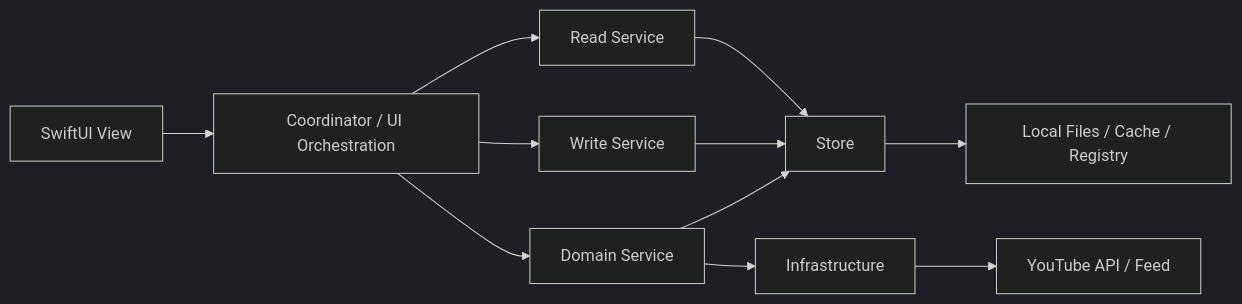
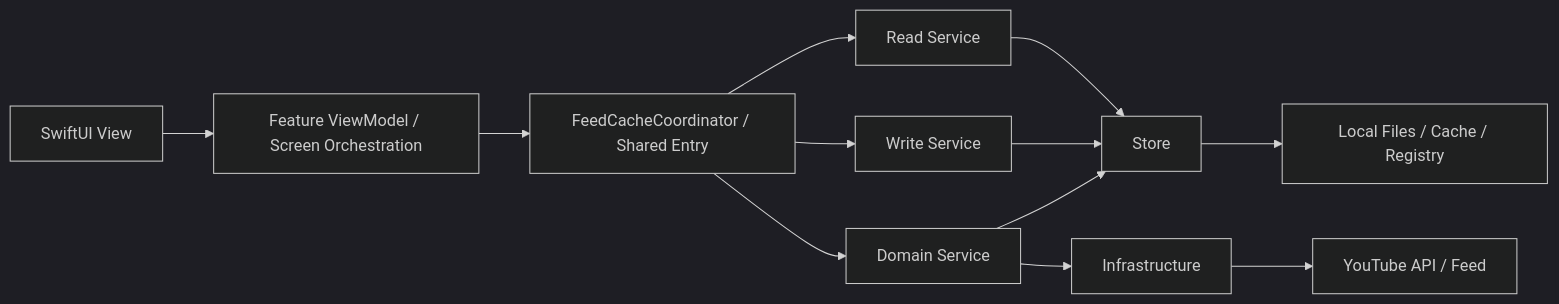
One commit to horikuma/YoutubeFeeder changed the first of 6 diagrams in docs/human-view/design-overview.md. Above: the diagram before and after it, drawn with Mermaid (dark theme). The commit also changed other lines of this file and 2 other files, not shown here.

````diff
--- a/docs/human-view/design-overview.md
+++ b/docs/human-view/design-overview.md
@@ -9,13 +9,14 @@
 ```mermaid
 flowchart LR
-    View["SwiftUI View"] --> Coordinator["Coordinator / UI Orchestration"]
+    View["SwiftUI View"] --> ViewModel["Feature ViewModel / Screen Orchestration"]
+    ViewModel --> Coordinator["FeedCacheCoordinator / Shared Entry"]
     Coordinator --> Read["Read Service"]
     Coordinator --> Write["Write Service"]
     Coordinator --> Domain["Domain Service"]
     Read --> Store["Store"]
     Write --> Store
     Domain --> Store
     Domain --> Infra["Infrastructure"]
     Store --> Files["Local Files / Cache / Registry"]
     Infra --> YouTube["YouTube API / Feed"]
 ```
````
